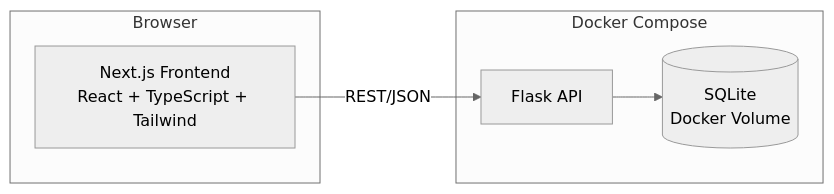
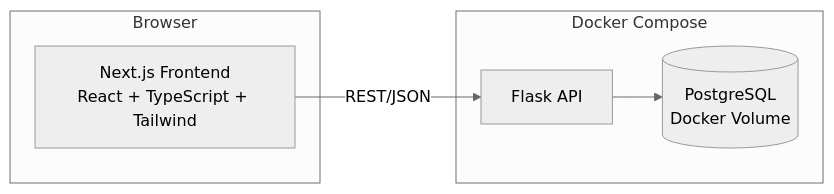
One commit to maximilianstarp/GradeTracker changed the first of 2 diagrams in README.md. Above: the diagram before and after it, drawn with Mermaid (neutral theme). The commit also changed other lines of this file and 16 other files, not shown here.

First line of the commit message:
feat(backend): migrate from SQLite to PostgreSQL

````diff
--- a/README.md
+++ b/README.md
@@ -55,10 +55,10 @@
 ```mermaid
 flowchart LR
     subgraph Browser
         UI[Next.js Frontend<br/>React + TypeScript + Tailwind]
     end
     subgraph Docker Compose
         UI -->|REST/JSON| API[Flask API]
-        API --> DB[(SQLite<br/>Docker Volume)]
+        API --> DB[(PostgreSQL<br/>Docker Volume)]
     end
 ```
````
